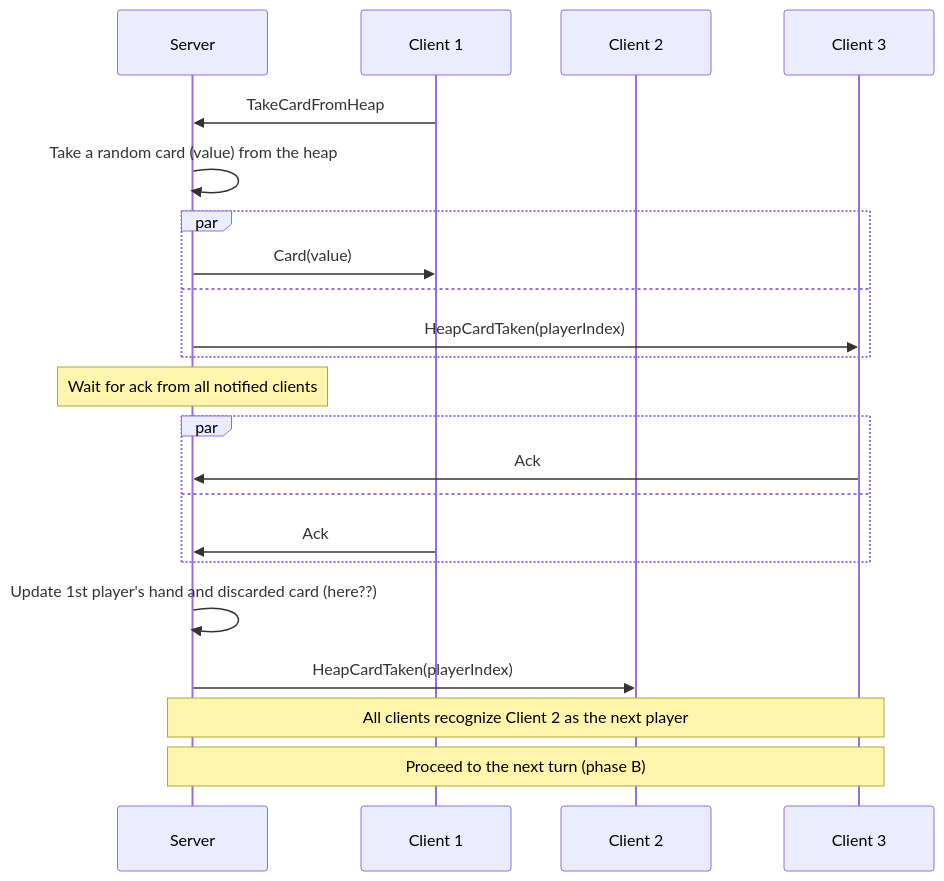
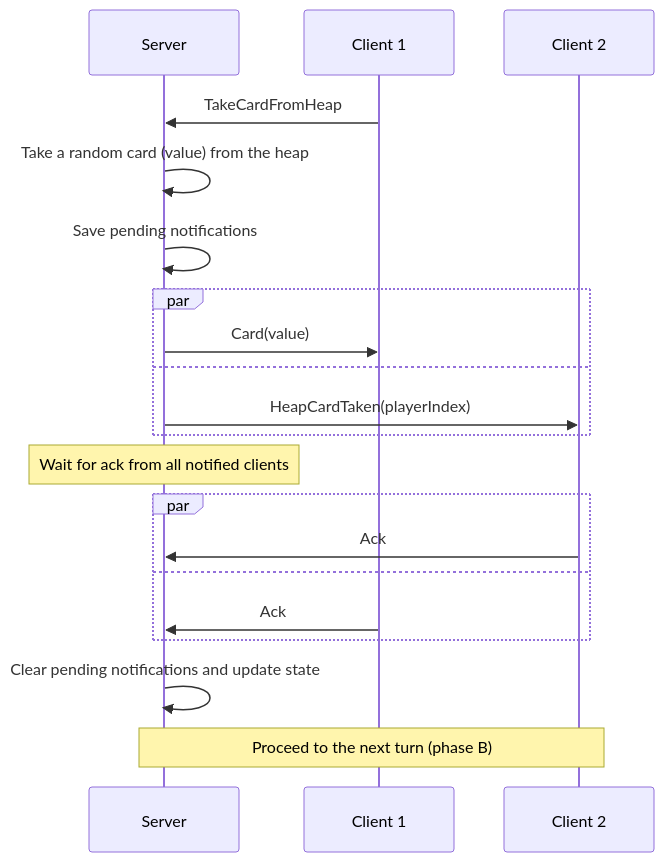
One commit to roman-zubarevich/another changed diagram 13 of 14 in README.md. Above: the diagram before and after it, drawn with Mermaid. The commit also changed other lines of this file, not shown here.

````diff
--- a/README.md
+++ b/README.md
@@ -351,24 +349,22 @@
 ```mermaid
 sequenceDiagram
     participant S as Server
     participant C1 as Client 1
     participant C2 as Client 2
-    participant C3 as Client 3
     C1->>S: TakeCardFromHeap
     S->>S: Take a random card (value) from the heap
+    S->>S: Save pending notifications
     par
         S->>C1: Card(value)
     and
-        S->>C3: HeapCardTaken(playerIndex)
+        S->>C2: HeapCardTaken(playerIndex)
     end
     Note over S: Wait for ack from all notified clients
     par
-        C3->>S: Ack
+        C2->>S: Ack
     and
         C1->>S: Ack
     end
-    S->>S: Update 1st player's hand and discarded card (here??)
-    S->>C2: HeapCardTaken(playerIndex)
-    Note over S,C3: All clients recognize Client 2 as the next player
-    Note over S,C3: Proceed to the next turn (phase B)
+    S->>S: Clear pending notifications and update state
+    Note over S,C2: Proceed to the next turn (phase B)
 ```
````
